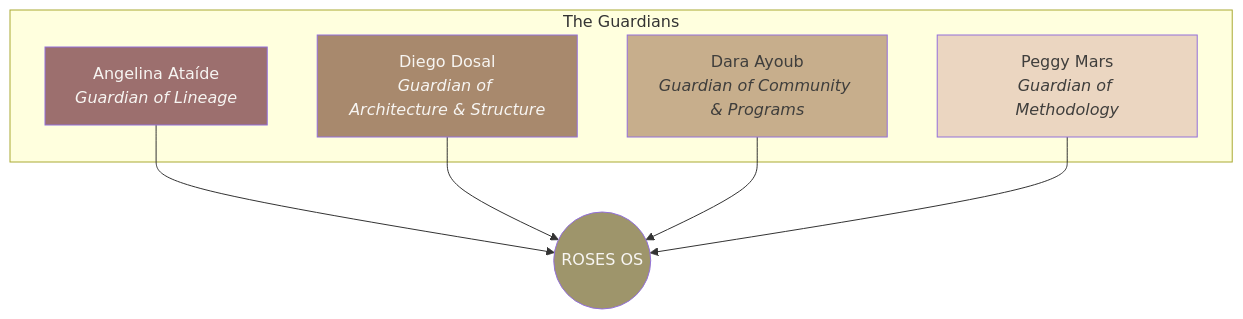
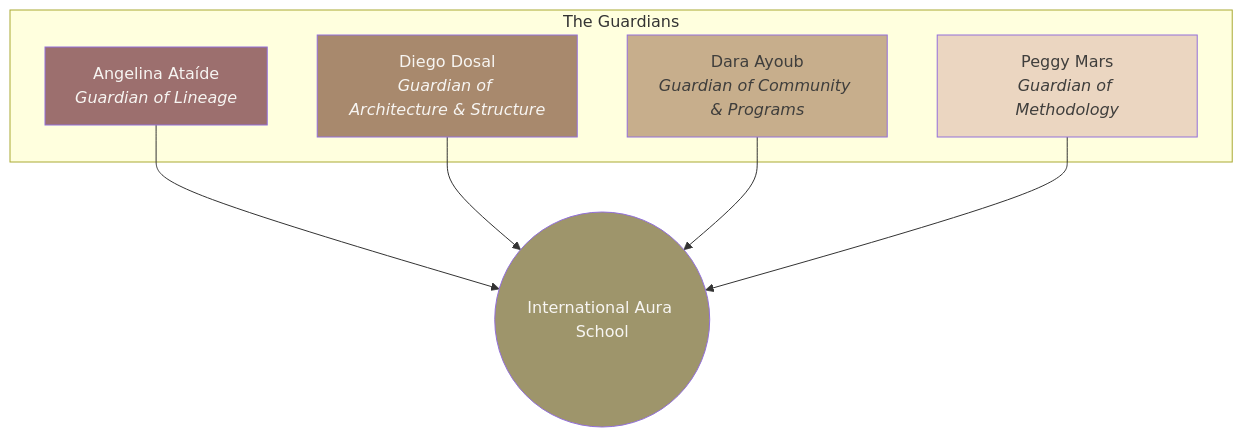
Diagram 19 of 27 in docs/brand/brand-dna.md (Light-Brands/roses-os), drawn with Mermaid before and after one commit. The commit also changed other lines of this file and 79 other files, not shown here.

First line of the commit message:
Rename ROSES OS to International Aura School across entire codebase

````diff
--- a/docs/brand/brand-dna.md
+++ b/docs/brand/brand-dna.md
@@ -1093,20 +1093,20 @@
 ```mermaid
 graph TD
     subgraph GUARDIANS["The Guardians"]
         AA["Angelina Ataíde<br/><i>Guardian of Lineage</i>"]
         DD["Diego Dosal<br/><i>Guardian of Architecture & Structure</i>"]
         DA["Dara Ayoub<br/><i>Guardian of Community & Programs</i>"]
         PM["Peggy Mars<br/><i>Guardian of Methodology</i>"]
     end
 
-    AA --> ROS((ROSES OS))
+    AA --> ROS((International Aura School))
     DD --> ROS
     DA --> ROS
     PM --> ROS
 
     style AA fill:#9C6F6E,color:#F7F5F2
     style DD fill:#A8896D,color:#F7F5F2
     style DA fill:#C7AE8C,color:#3F3E3C
     style PM fill:#EBD6C1,color:#3F3E3C
     style ROS fill:#9E956B,color:#F7F5F2
 ```
````
